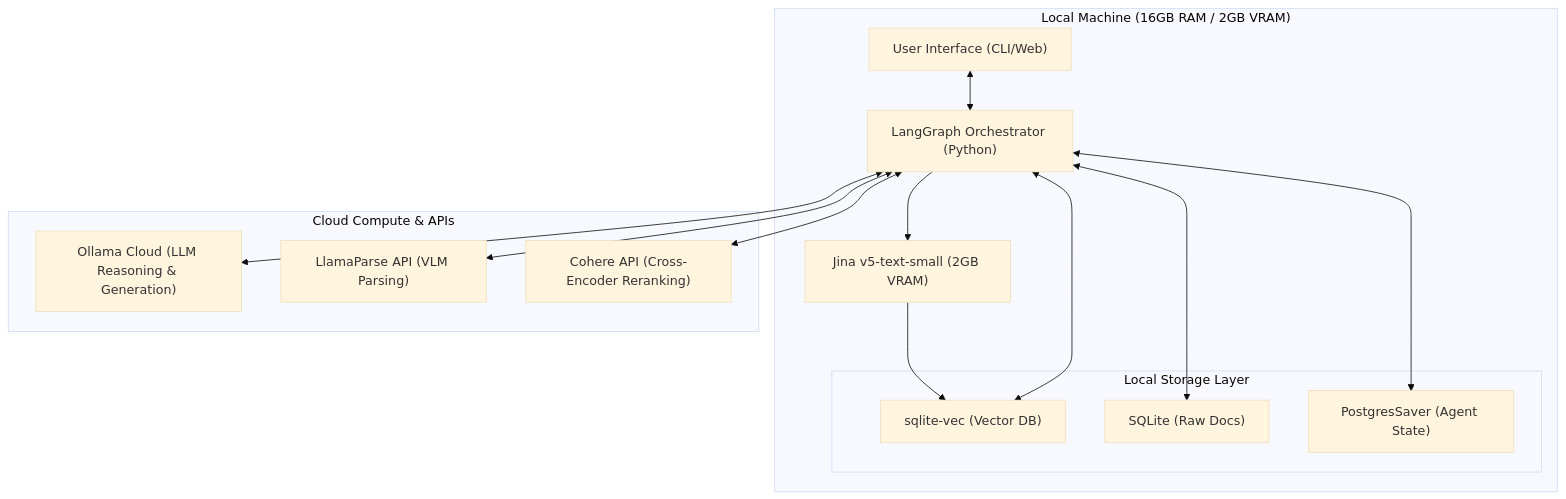
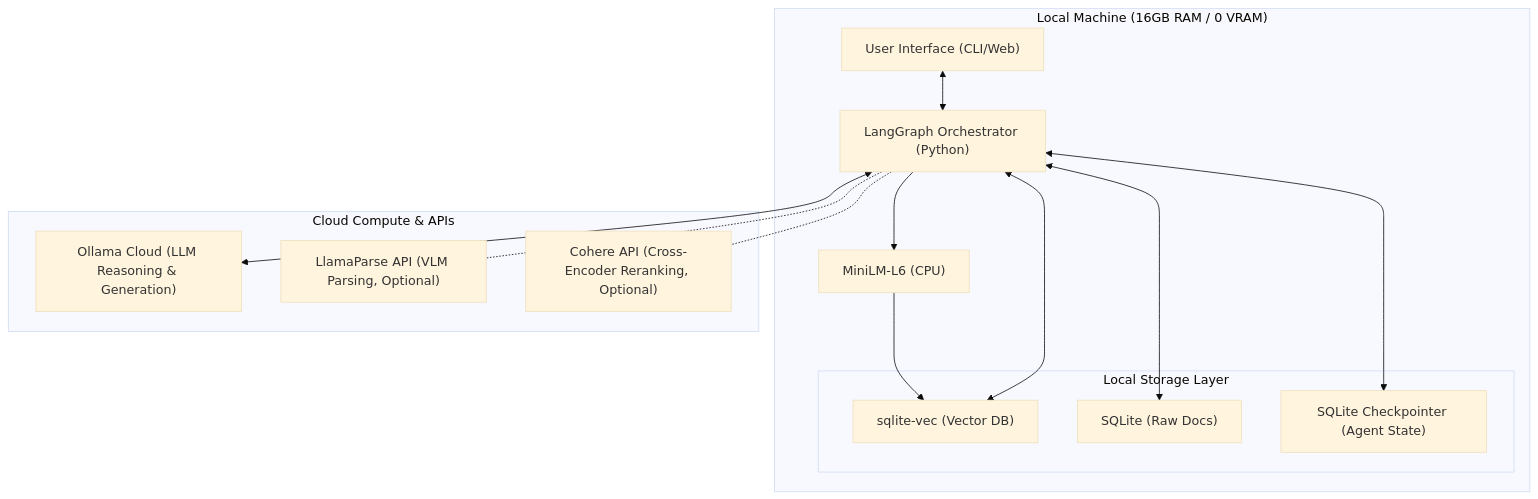
One commit to dpsdagain/RAG changed the diagram in README.md. Above: the diagram before and after it, drawn with Mermaid (base theme). The commit also changed other lines of this file and 6 other files, not shown here.

Commit message:
docs: refactor RAG architecture to strict 0-VRAM CPU-first baseline

````diff
--- a/README.md
+++ b/README.md
@@ -29,31 +29,31 @@
 ```mermaid
 graph TD
-    subgraph "Local Machine (16GB RAM / 2GB VRAM)"
+    subgraph "Local Machine (16GB RAM / 0 VRAM)"
         UI["User Interface (CLI/Web)"]
         Orchestrator["LangGraph Orchestrator (Python)"]
-        LocalEmbed["Jina v5-text-small (2GB VRAM)"]
+        LocalEmbed["MiniLM-L6 (CPU)"]
         
         subgraph "Local Storage Layer"
             VecDB["sqlite-vec (Vector DB)"]
             DocStore["SQLite (Raw Docs)"]
-            StateDB["PostgresSaver (Agent State)"]
+            StateDB["SQLite Checkpointer (Agent State)"]
         end
     end
 
     subgraph "Cloud Compute & APIs"
         Ollama["Ollama Cloud (LLM Reasoning & Generation)"]
-        LlamaParse["LlamaParse API (VLM Parsing)"]
-        Cohere["Cohere API (Cross-Encoder Reranking)"]
+        LlamaParse["LlamaParse API (VLM Parsing, Optional)"]
+        Cohere["Cohere API (Cross-Encoder Reranking, Optional)"]
     end
 
     UI <--> Orchestrator
     Orchestrator --> LocalEmbed
     LocalEmbed --> VecDB
     Orchestrator <--> VecDB
     Orchestrator <--> DocStore
     Orchestrator <--> StateDB
 
     Orchestrator <--> Ollama
-    Orchestrator <--> LlamaParse
-    Orchestrator <--> Cohere
+    Orchestrator -.- LlamaParse
+    Orchestrator -.- Cohere
 ```
````
